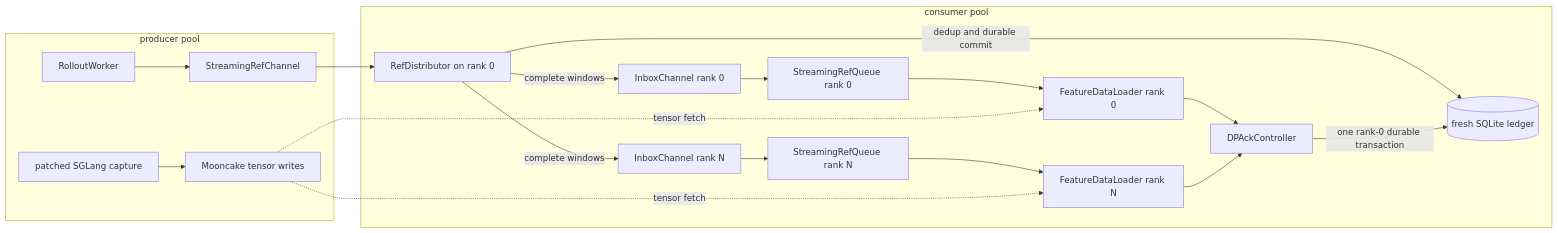
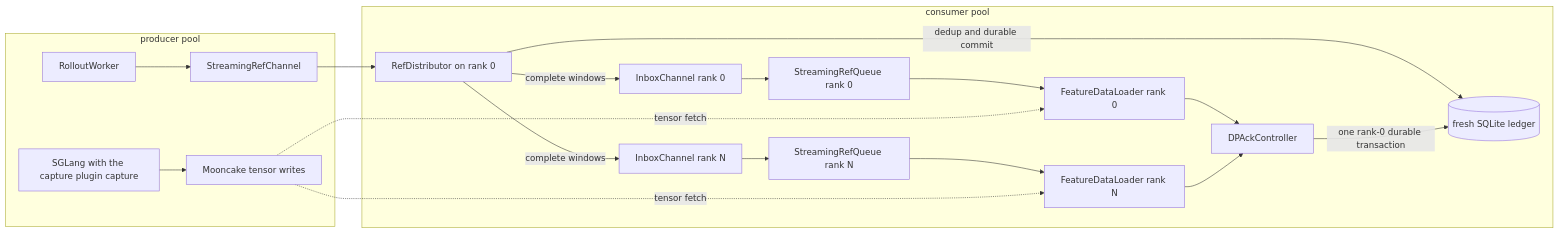
Before and after one commit to sgl-project/SpecForge: the diagram in specforge/runtime/ARCHITECTURE.md, drawn with Mermaid. The commit also changed other lines of this file and 41 other files, not shown here.

Commit message:
refactor(capture): remove legacy SGLang patch backends

````diff
--- a/specforge/runtime/ARCHITECTURE.md
+++ b/specforge/runtime/ARCHITECTURE.md
@@ -45,36 +45,36 @@
 ```mermaid
 flowchart LR
   subgraph P[producer pool]
-    SG[patched SGLang capture]
+    SG[SGLang with the capture plugin capture]
     MCW[Mooncake tensor writes]
     RW[RolloutWorker]
     CH[StreamingRefChannel]
     SG --> MCW
     RW --> CH
   end
 
   subgraph C[consumer pool]
     RD[RefDistributor on rank 0]
     DB[(fresh SQLite ledger)]
     I0[InboxChannel rank 0]
     IN[InboxChannel rank N]
     Q0[StreamingRefQueue rank 0]
     QN[StreamingRefQueue rank N]
     DL0[FeatureDataLoader rank 0]
     DLN[FeatureDataLoader rank N]
     ACK[DPAckController]
 
     RD -->|dedup and durable commit| DB
     RD -->|complete windows| I0
     RD -->|complete windows| IN
     I0 --> Q0 --> DL0
     IN --> QN --> DLN
     DL0 --> ACK
     DLN --> ACK
     ACK -->|one rank-0 durable transaction| DB
   end
 
   CH --> RD
   MCW -.->|tensor fetch| DL0
   MCW -.->|tensor fetch| DLN
 ```
````
